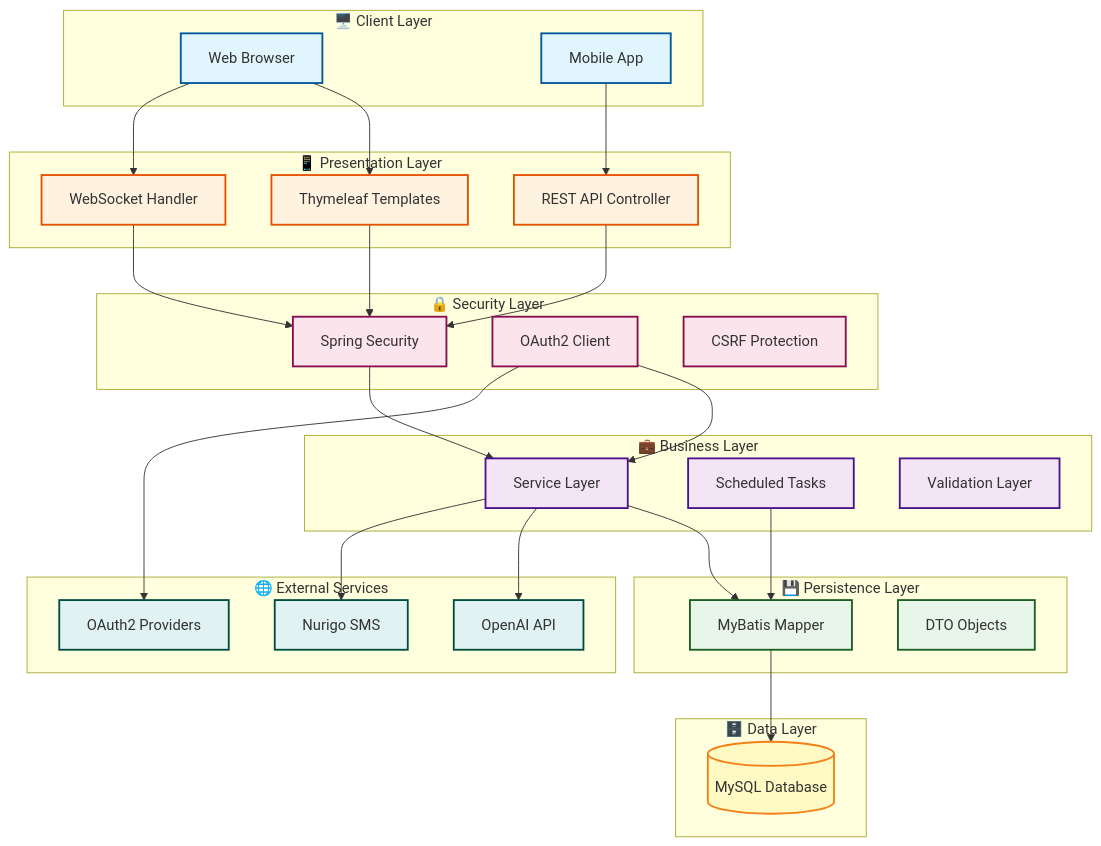
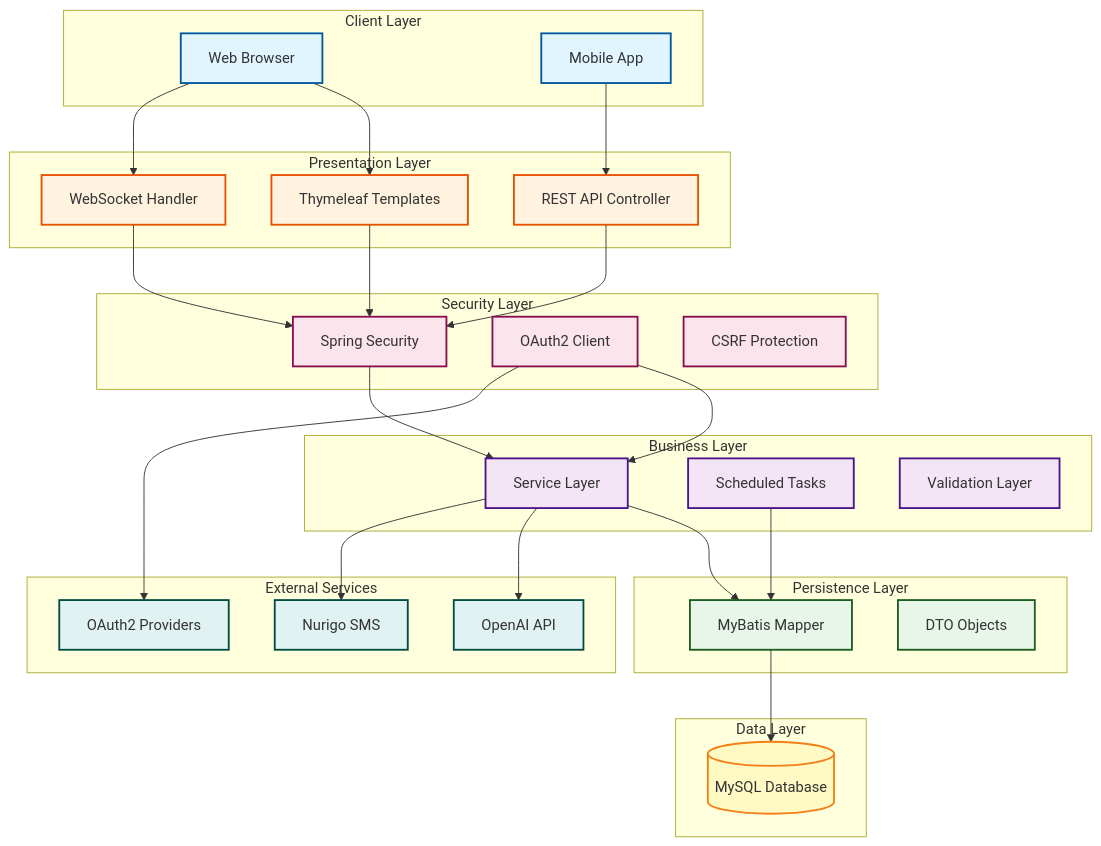
Before and after one commit to wjdgkr3386/Neighbus: the diagram in README.md, drawn with Mermaid. The commit also changed other lines of this file, not shown here.

````diff
--- a/README.md
+++ b/README.md
@@ -228,76 +228,76 @@
 ```mermaid
 graph TB
-    subgraph Client["🖥️ Client Layer"]
+    subgraph Client["Client Layer"]
         Browser[Web Browser]
         Mobile[Mobile App]
     end
 
-    subgraph Presentation["📱 Presentation Layer"]
+    subgraph Presentation["Presentation Layer"]
         Thymeleaf[Thymeleaf Templates]
         RestAPI[REST API Controller]
         WebSocket[WebSocket Handler]
     end
 
-    subgraph Security["🔒 Security Layer"]
+    subgraph Security["Security Layer"]
         SpringSecurity[Spring Security]
         OAuth2[OAuth2 Client]
         CSRF[CSRF Protection]
     end
 
-    subgraph Business["💼 Business Layer"]
+    subgraph Business["Business Layer"]
         Service[Service Layer]
         Scheduler[Scheduled Tasks]
         Validator[Validation Layer]
     end
 
-    subgraph Persistence["💾 Persistence Layer"]
+    subgraph Persistence["Persistence Layer"]
         MyBatis[MyBatis Mapper]
         DTO[DTO Objects]
     end
 
-    subgraph Data["🗄️ Data Layer"]
+    subgraph Data["Data Layer"]
         MySQL[(MySQL Database)]
     end
 
-    subgraph External["🌐 External Services"]
+    subgraph External["External Services"]
         OpenAI[OpenAI API]
         OAuth2Provider[OAuth2 Providers]
         Nurigo[Nurigo SMS]
     end
 
     Browser --> Thymeleaf
     Mobile --> RestAPI
     Browser --> WebSocket
 
     Thymeleaf --> SpringSecurity
     RestAPI --> SpringSecurity
     WebSocket --> SpringSecurity
 
     SpringSecurity --> Service
     OAuth2 --> Service
 
     Service --> MyBatis
     Scheduler --> MyBatis
 
     MyBatis --> MySQL
 
     Service --> OpenAI
     OAuth2 --> OAuth2Provider
     Service --> Nurigo
 
     classDef client fill:#e1f5ff,stroke:#01579b,stroke-width:2px
     classDef presentation fill:#fff3e0,stroke:#e65100,stroke-width:2px
     classDef security fill:#fce4ec,stroke:#880e4f,stroke-width:2px
     classDef business fill:#f3e5f5,stroke:#4a148c,stroke-width:2px
     classDef persistence fill:#e8f5e9,stroke:#1b5e20,stroke-width:2px
     classDef data fill:#fff9c4,stroke:#f57f17,stroke-width:2px
     classDef external fill:#e0f2f1,stroke:#004d40,stroke-width:2px
 
     class Browser,Mobile client
     class Thymeleaf,RestAPI,WebSocket presentation
     class SpringSecurity,OAuth2,CSRF security
     class Service,Scheduler,Validator business
     class MyBatis,DTO persistence
     class MySQL data
     class OpenAI,OAuth2Provider,Nurigo external
 ```
````
